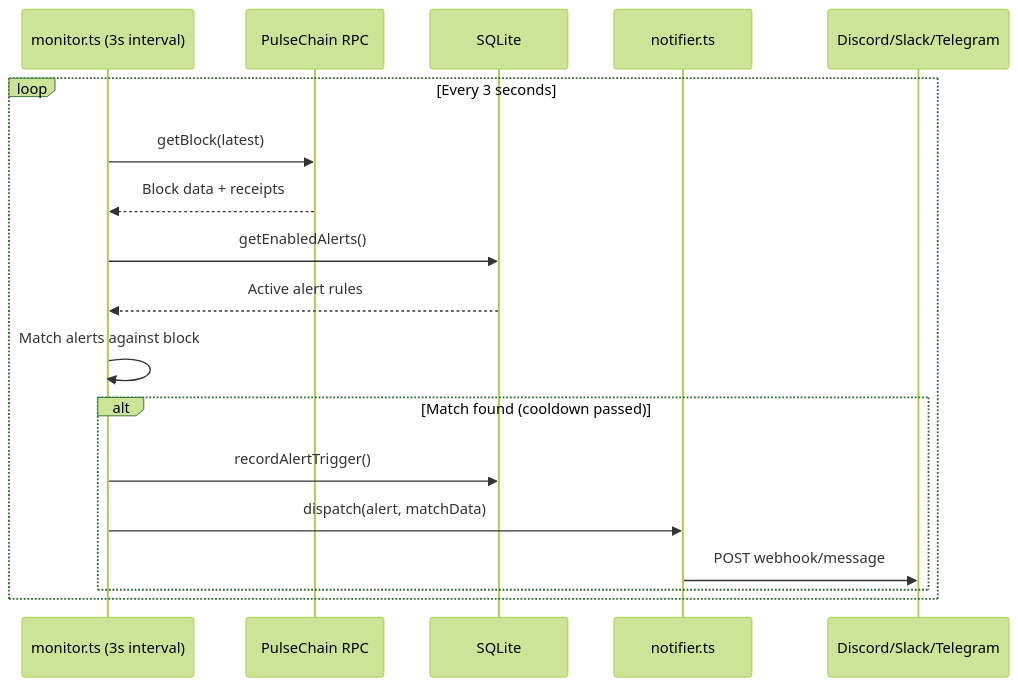
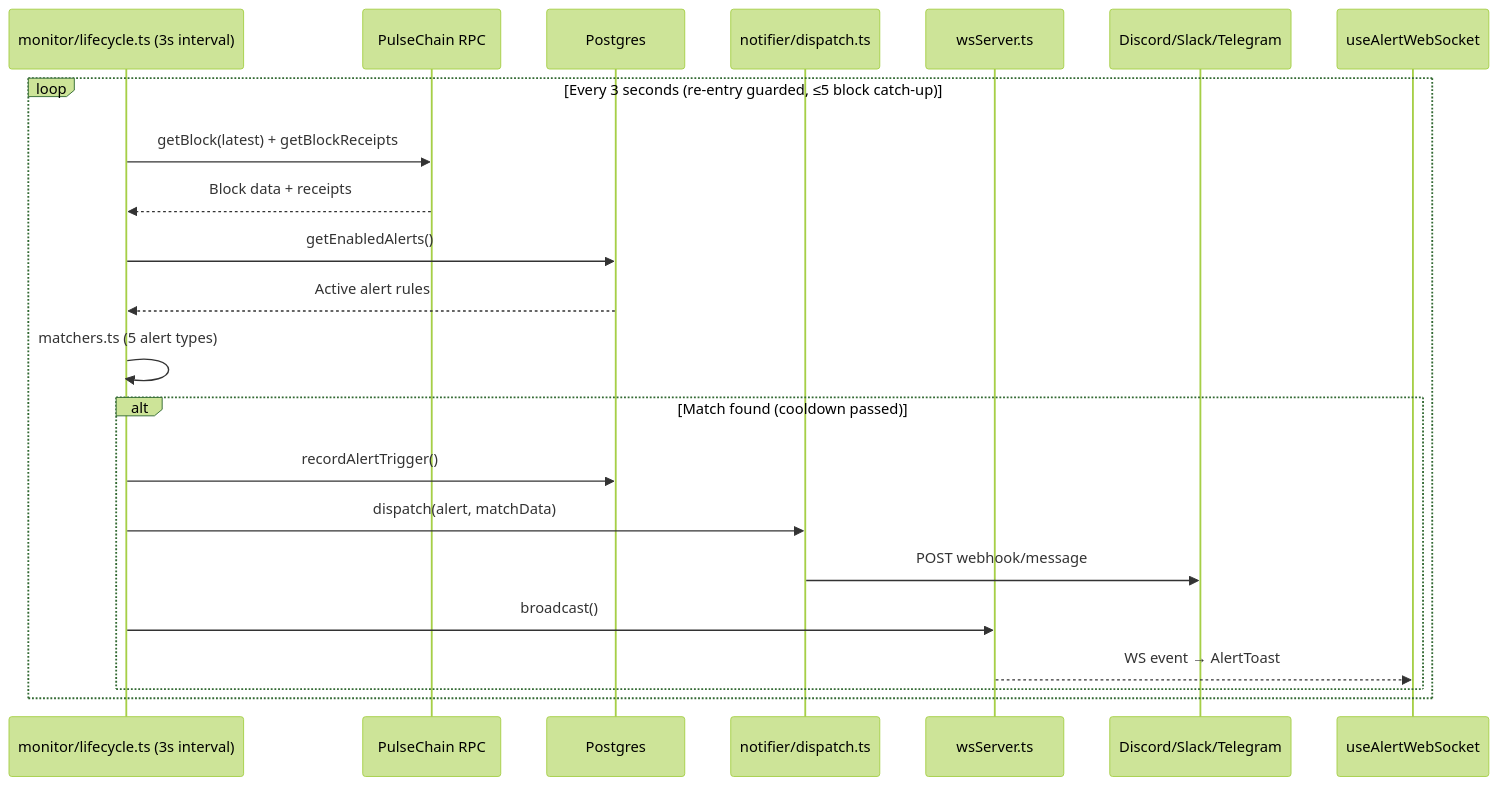
Before and after one commit to valve-tech/trace: the third of 4 diagrams in docs/CODEBASE_MAP.md, drawn with Mermaid (forest theme). The commit also changed other lines of this file and 1 other file, not shown here.

````diff
--- a/docs/CODEBASE_MAP.md
+++ b/docs/CODEBASE_MAP.md
@@ -236,21 +423,25 @@
 ```mermaid
 sequenceDiagram
-    participant Poller as monitor.ts (3s interval)
+    participant Poller as monitor/lifecycle.ts (3s interval)
     participant RPC as PulseChain RPC
-    participant DB as SQLite
-    participant Notif as notifier.ts
+    participant DB as Postgres
+    participant Notif as notifier/dispatch.ts
+    participant WS as wsServer.ts
     participant Chan as Discord/Slack/Telegram
+    participant Web as useAlertWebSocket
 
-    loop Every 3 seconds
-        Poller->>RPC: getBlock(latest)
+    loop Every 3 seconds (re-entry guarded, ≤5 block catch-up)
+        Poller->>RPC: getBlock(latest) + getBlockReceipts
         RPC-->>Poller: Block data + receipts
         Poller->>DB: getEnabledAlerts()
         DB-->>Poller: Active alert rules
-        Poller->>Poller: Match alerts against block
+        Poller->>Poller: matchers.ts (5 alert types)
         alt Match found (cooldown passed)
             Poller->>DB: recordAlertTrigger()
             Poller->>Notif: dispatch(alert, matchData)
             Notif->>Chan: POST webhook/message
+            Poller->>WS: broadcast()
+            WS-->>Web: WS event → AlertToast
         end
     end
 ```
````
